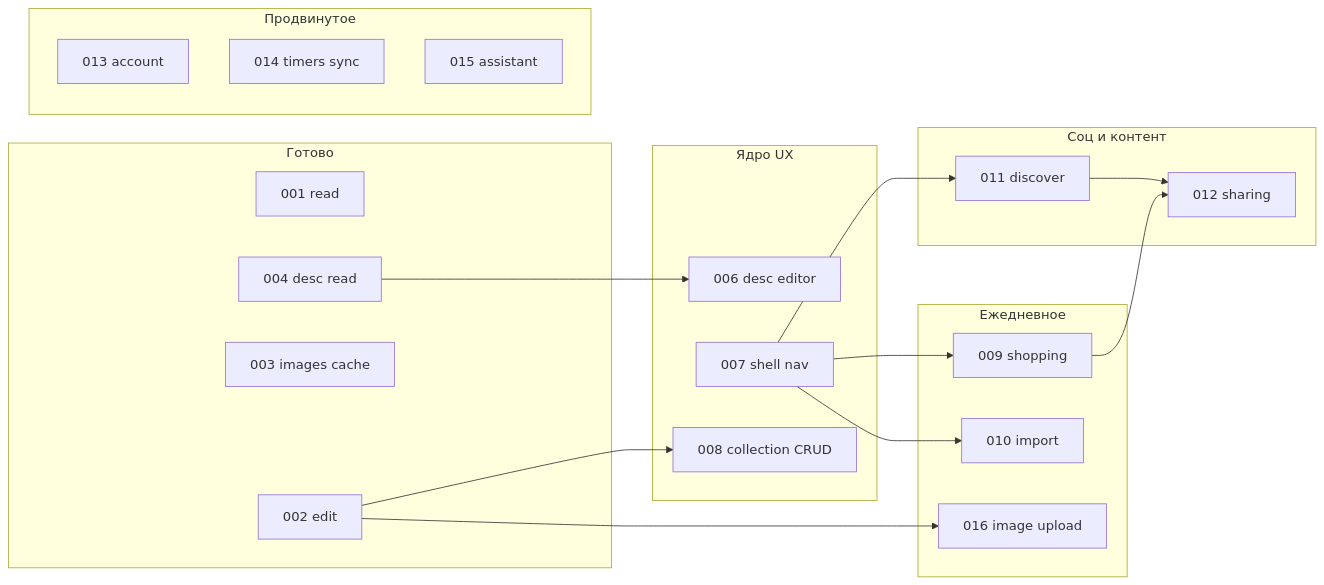
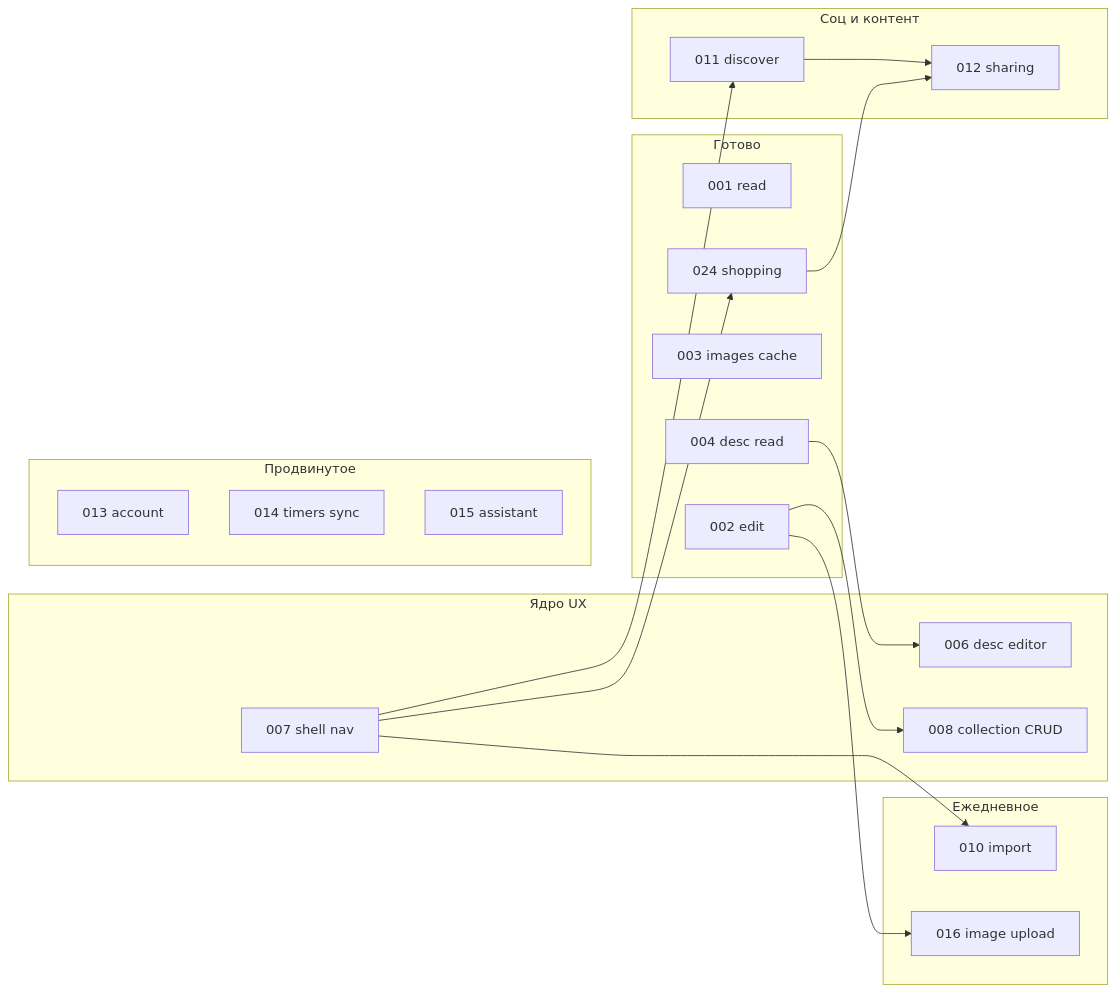
Before and after one commit to mikeozornin/recipe-scaler-native: the diagram in specs/005-mobile-web-parity-roadmap/spec.md, drawn with Mermaid. The commit also changed other lines of this file and 84 other files, not shown here.

````diff
--- a/specs/005-mobile-web-parity-roadmap/spec.md
+++ b/specs/005-mobile-web-parity-roadmap/spec.md
@@ -29,36 +30,36 @@
 ```mermaid
 flowchart LR
   subgraph done [Готово]
     S001[001 read]
     S002[002 edit]
     S003[003 images cache]
     S004[004 desc read]
+    S024[024 shopping]
   end
   subgraph core [Ядро UX]
     S006[006 desc editor]
     S007[007 shell nav]
     S008[008 collection CRUD]
   end
   subgraph daily [Ежедневное]
-    S009[009 shopping]
     S010[010 import]
     S016[016 image upload]
   end
   subgraph social [Соц и контент]
     S011[011 discover]
     S012[012 sharing]
   end
   subgraph advanced [Продвинутое]
     S013[013 account]
     S014[014 timers sync]
     S015[015 assistant]
   end
   S004 --> S006
   S002 --> S008
-  S007 --> S009
+  S007 --> S024
   S007 --> S010
   S007 --> S011
   S002 --> S016
-  S009 --> S012
+  S024 --> S012
   S011 --> S012
 ```
````
